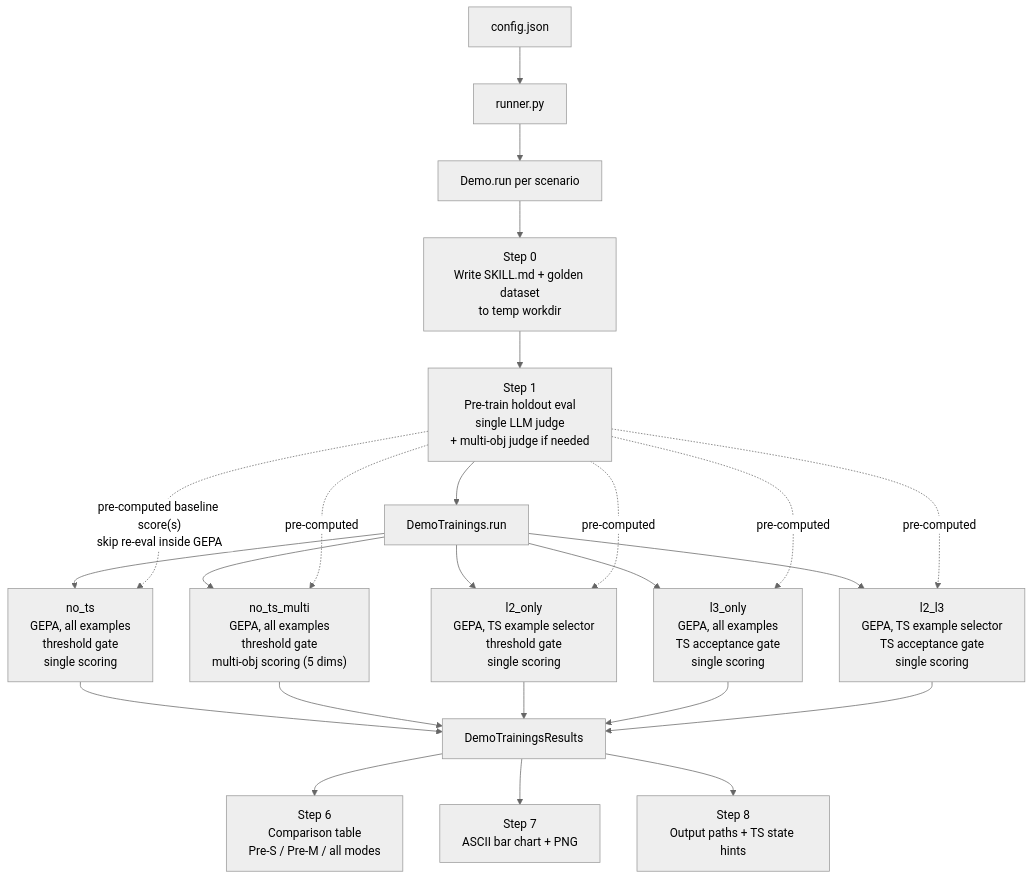
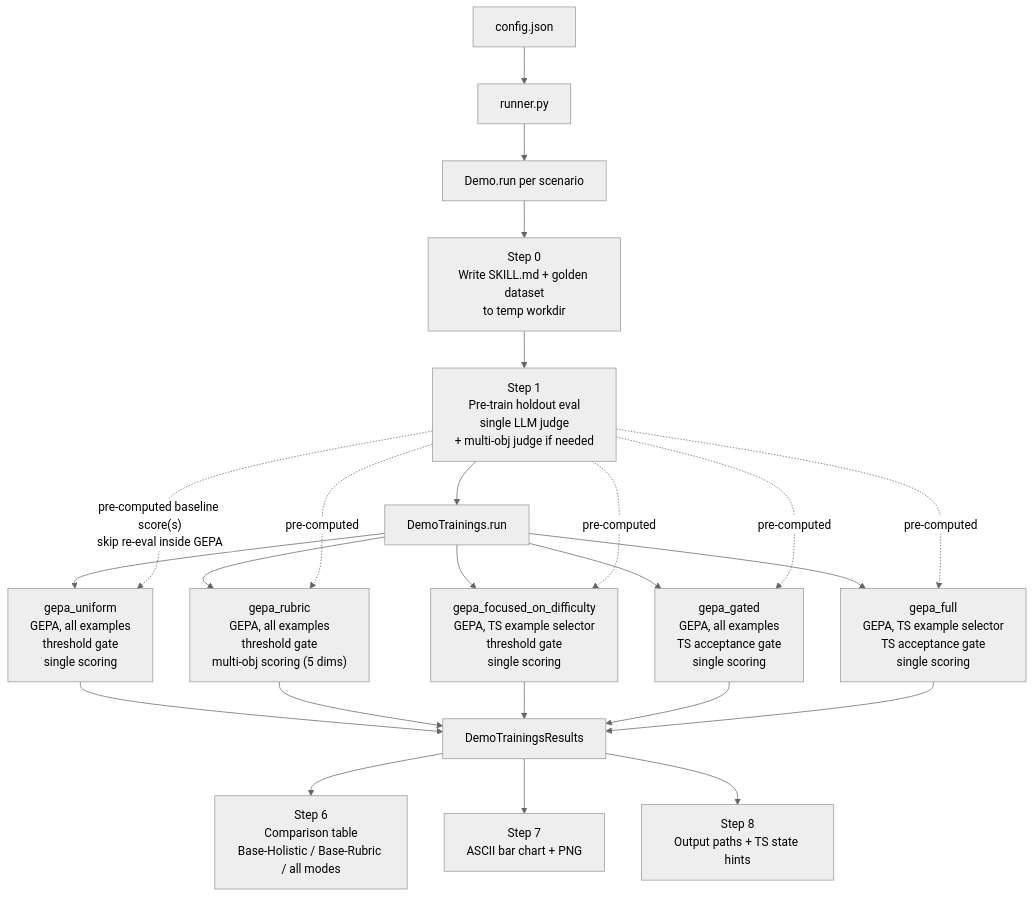
Before and after one commit to michaelatamuk/openjiuwen-agent-core: the first of 5 diagrams in examples/agent_evolving_hermes/offline/offline_05_thompson_vs_baseline/README.md, drawn with Mermaid (neutral theme). The commit also changed other lines of this file and 15 other files, not shown here.

````diff
--- a/examples/agent_evolving_hermes/offline/offline_05_thompson_vs_baseline/README.md
+++ b/examples/agent_evolving_hermes/offline/offline_05_thompson_vs_baseline/README.md
@@ -112,28 +149,28 @@
 ```mermaid
 flowchart TD
     CFG[config.json] --> RUN[runner.py]
     RUN --> DEMO[Demo.run per scenario]
 
     DEMO --> S0[Step 0\nWrite SKILL.md + golden dataset\nto temp workdir]
     S0   --> S1[Step 1\nPre-train holdout eval\nsingle LLM judge\n+ multi-obj judge if needed]
 
     S1   --> TR[DemoTrainings.run]
 
-    TR   --> M1["no_ts\nGEPA, all examples\nthreshold gate\nsingle scoring"]
-    TR   --> M2["no_ts_multi\nGEPA, all examples\nthreshold gate\nmulti-obj scoring (5 dims)"]
-    TR   --> M3["l2_only\nGEPA, TS example selector\nthreshold gate\nsingle scoring"]
-    TR   --> M4["l3_only\nGEPA, all examples\nTS acceptance gate\nsingle scoring"]
-    TR   --> M5["l2_l3\nGEPA, TS example selector\nTS acceptance gate\nsingle scoring"]
+    TR   --> M1["gepa_uniform\nGEPA, all examples\nthreshold gate\nsingle scoring"]
+    TR   --> M2["gepa_rubric\nGEPA, all examples\nthreshold gate\nmulti-obj scoring (5 dims)"]
+    TR   --> M3["gepa_focused_on_difficulty\nGEPA, TS example selector\nthreshold gate\nsingle scoring"]
+    TR   --> M4["gepa_gated\nGEPA, all examples\nTS acceptance gate\nsingle scoring"]
+    TR   --> M5["gepa_full\nGEPA, TS example selector\nTS acceptance gate\nsingle scoring"]
 
     M1 & M2 & M3 & M4 & M5 --> RES[DemoTrainingsResults]
 
-    RES --> S6[Step 6\nComparison table\nPre-S / Pre-M / all modes]
+    RES --> S6[Step 6\nComparison table\nBase-Holistic / Base-Rubric / all modes]
     RES --> S7[Step 7\nASCII bar chart + PNG]
     RES --> S8[Step 8\nOutput paths + TS state hints]
 
     S1 -. "pre-computed baseline score(s)\nskip re-eval inside GEPA" .-> M1
     S1 -. pre-computed .-> M2
     S1 -. pre-computed .-> M3
     S1 -. pre-computed .-> M4
     S1 -. pre-computed .-> M5
 ```
````
